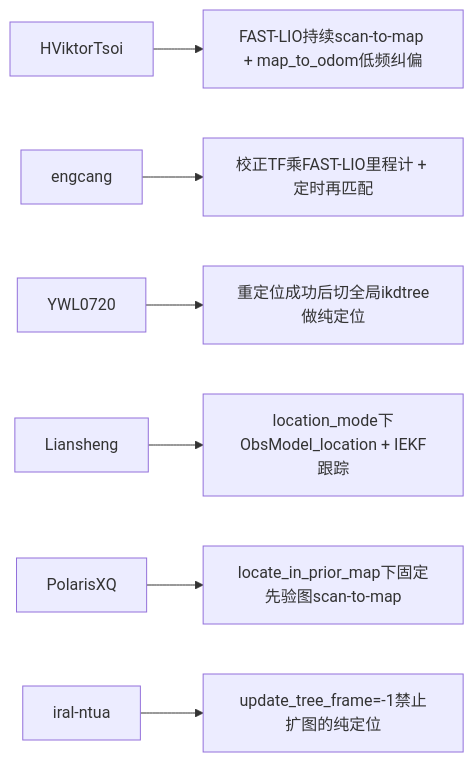
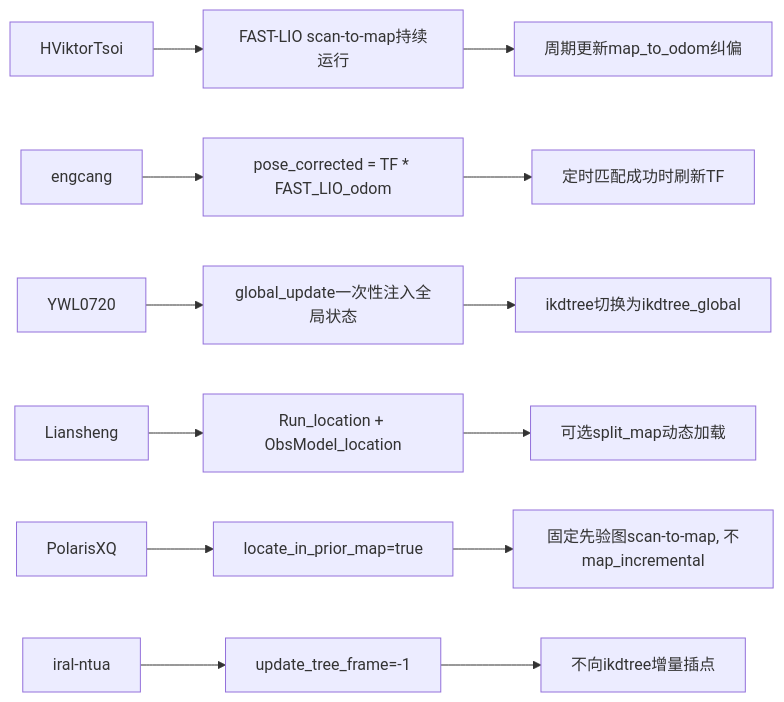
The second of 3 diagrams in README.md (R-C-Group/FAST-LIO-relocalization), drawn with Mermaid before and after one commit. The commit also changed other lines of this file, not shown here.

````diff
--- a/README.md
+++ b/README.md
@@ -52,9 +71,20 @@
 ```mermaid
 flowchart LR
-    A[HViktorTsoi] --> A1[FAST-LIO持续scan-to-map + map_to_odom低频纠偏]
-    B[engcang] --> B1[校正TF乘FAST-LIO里程计 + 定时再匹配]
-    C[YWL0720] --> C1[重定位成功后切全局ikdtree做纯定位]
-    D[Liansheng] --> D1[location_mode下ObsModel_location + IEKF跟踪]
-    E[PolarisXQ] --> E1[locate_in_prior_map下固定先验图scan-to-map]
-    F[iral-ntua] --> F1[update_tree_frame=-1禁止扩图的纯定位]
+    A[HViktorTsoi] --> A1[FAST-LIO scan-to-map持续运行]
+    A1 --> A2[周期更新map_to_odom纠偏]
+
+    B[engcang] --> B1[pose_corrected = TF * FAST_LIO_odom]
+    B1 --> B2[定时匹配成功时刷新TF]
+
+    C[YWL0720] --> C1[global_update一次性注入全局状态]
+    C1 --> C2[ikdtree切换为ikdtree_global]
+
+    D[Liansheng] --> D1[Run_location + ObsModel_location]
+    D1 --> D2[可选split_map动态加载]
+
+    E[PolarisXQ] --> E1[locate_in_prior_map=true]
+    E1 --> E2[固定先验图scan-to-map, 不map_incremental]
+
+    F[iral-ntua] --> F1[update_tree_frame=-1]
+    F1 --> F2[不向ikdtree增量插点]
 ```
````
